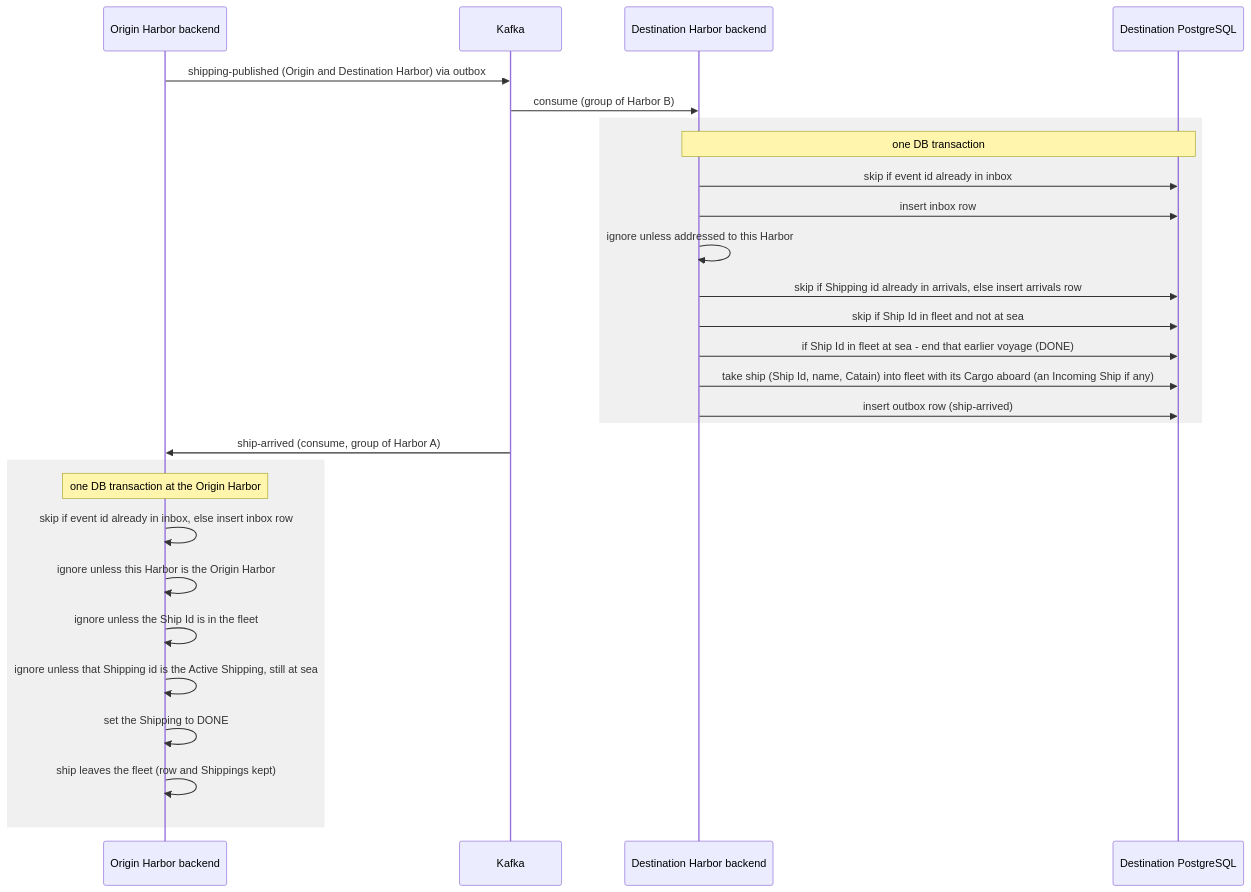
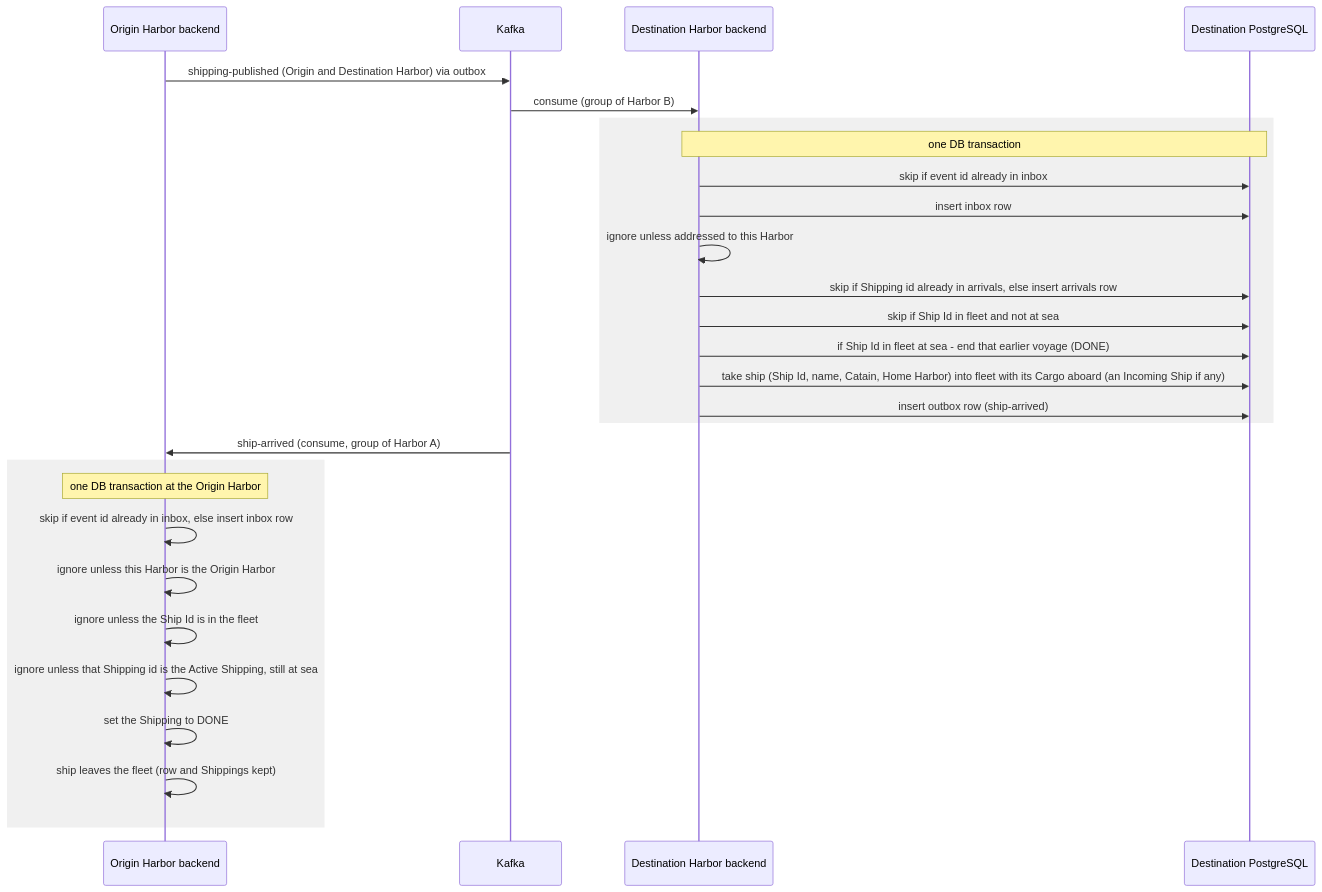
One commit to maurizio100/ddd-ship changed the fourth of 8 diagrams in docs/arc42/06-runtime.md. Above: the diagram before and after it, drawn with Mermaid. The commit also changed other lines of this file and 7 other files, not shown here.

First line of the commit message:
docs: a ship keeps its Home Harbor

````diff
--- a/docs/arc42/06-runtime.md
+++ b/docs/arc42/06-runtime.md
@@ -93,30 +95,30 @@
 ```mermaid
 sequenceDiagram
     participant A as Origin Harbor backend
     participant K as Kafka
     participant B as Destination Harbor backend
     participant DBB as Destination PostgreSQL
     A->>K: shipping-published (Origin and Destination Harbor) via outbox
     K->>B: consume (group of Harbor B)
     rect rgb(240,240,240)
     Note over B,DBB: one DB transaction
     B->>DBB: skip if event id already in inbox
     B->>DBB: insert inbox row
     B->>B: ignore unless addressed to this Harbor
     B->>DBB: skip if Shipping id already in arrivals, else insert arrivals row
     B->>DBB: skip if Ship Id in fleet and not at sea
     B->>DBB: if Ship Id in fleet at sea - end that earlier voyage (DONE)
-    B->>DBB: take ship (Ship Id, name, Catain) into fleet with its Cargo aboard (an Incoming Ship if any)
+    B->>DBB: take ship (Ship Id, name, Catain, Home Harbor) into fleet with its Cargo aboard (an Incoming Ship if any)
     B->>DBB: insert outbox row (ship-arrived)
     end
     K->>A: ship-arrived (consume, group of Harbor A)
     rect rgb(240,240,240)
     Note over A: one DB transaction at the Origin Harbor
     A->>A: skip if event id already in inbox, else insert inbox row
     A->>A: ignore unless this Harbor is the Origin Harbor
     A->>A: ignore unless the Ship Id is in the fleet
     A->>A: ignore unless that Shipping id is the Active Shipping, still at sea
     A->>A: set the Shipping to DONE
     A->>A: ship leaves the fleet (row and Shippings kept)
     end
 ```
````
